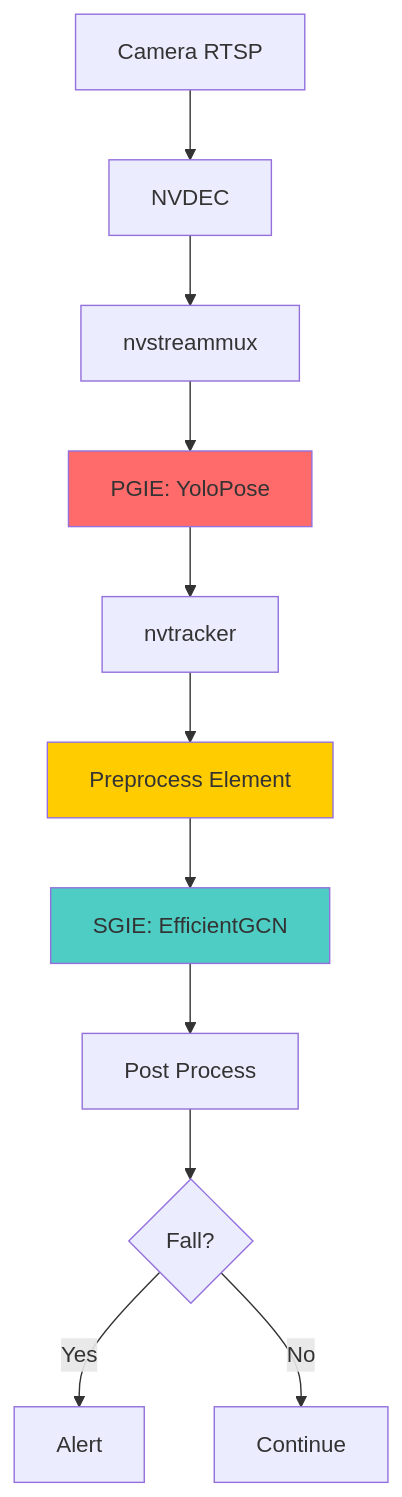
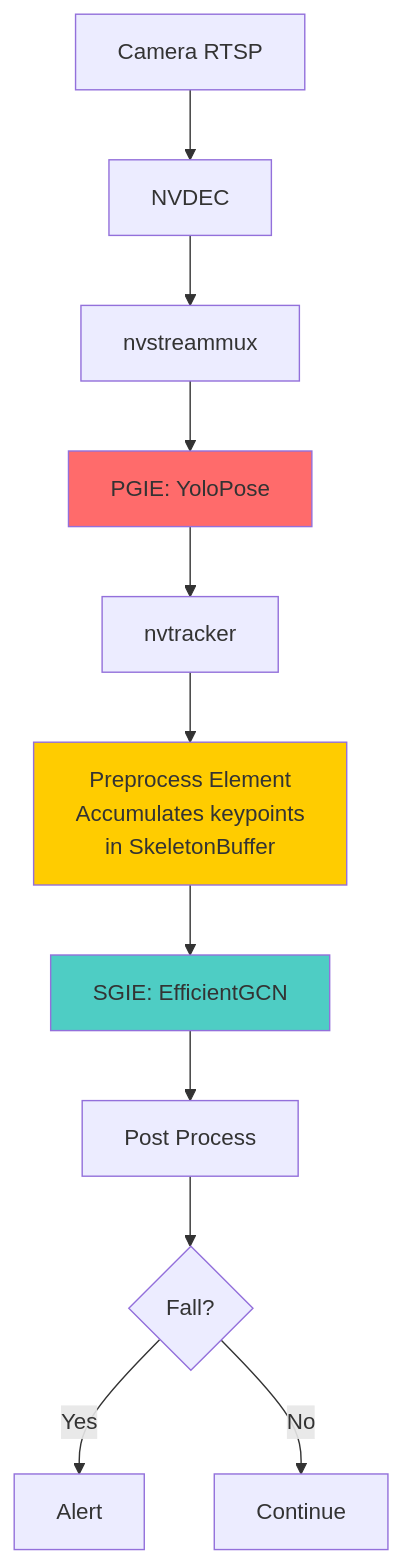
Diagram 12 of 12 in content/blog/teaching-machines-to-notice.md (PulkitMishra/PulkitMishra.github.io), drawn with Mermaid before and after one commit. The commit also changed other lines of this file, not shown here.

````diff
--- a/content/blog/teaching-machines-to-notice.md
+++ b/content/blog/teaching-machines-to-notice.md
@@ -745,17 +781,17 @@
 ```mermaid
 flowchart TB
     CAM[Camera RTSP] --> DEC[NVDEC]
     DEC --> MUX[nvstreammux]
     MUX --> PGIE[PGIE: YoloPose]
     PGIE --> TRACK[nvtracker]
-    TRACK --> PRE[Preprocess Element]
+    TRACK --> PRE[Preprocess Element<br/>Accumulates keypoints<br/>in SkeletonBuffer]
     PRE --> SGIE[SGIE: EfficientGCN]
     SGIE --> POST[Post Process]
     POST --> ALERT{Fall?}
     ALERT -->|Yes| NOTIFY[Alert]
     ALERT -->|No| SINK[Continue]
     
     style PGIE fill:#ff6b6b
     style PRE fill:#ffcc00
     style SGIE fill:#4ecdc4
 ```
````
